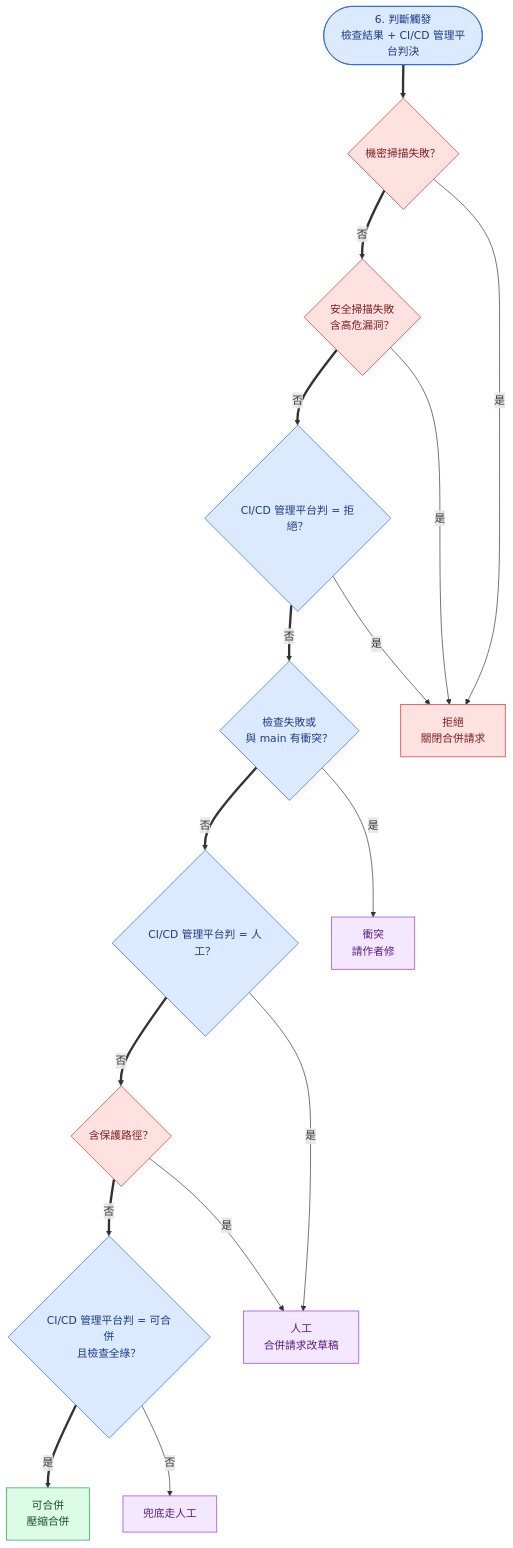
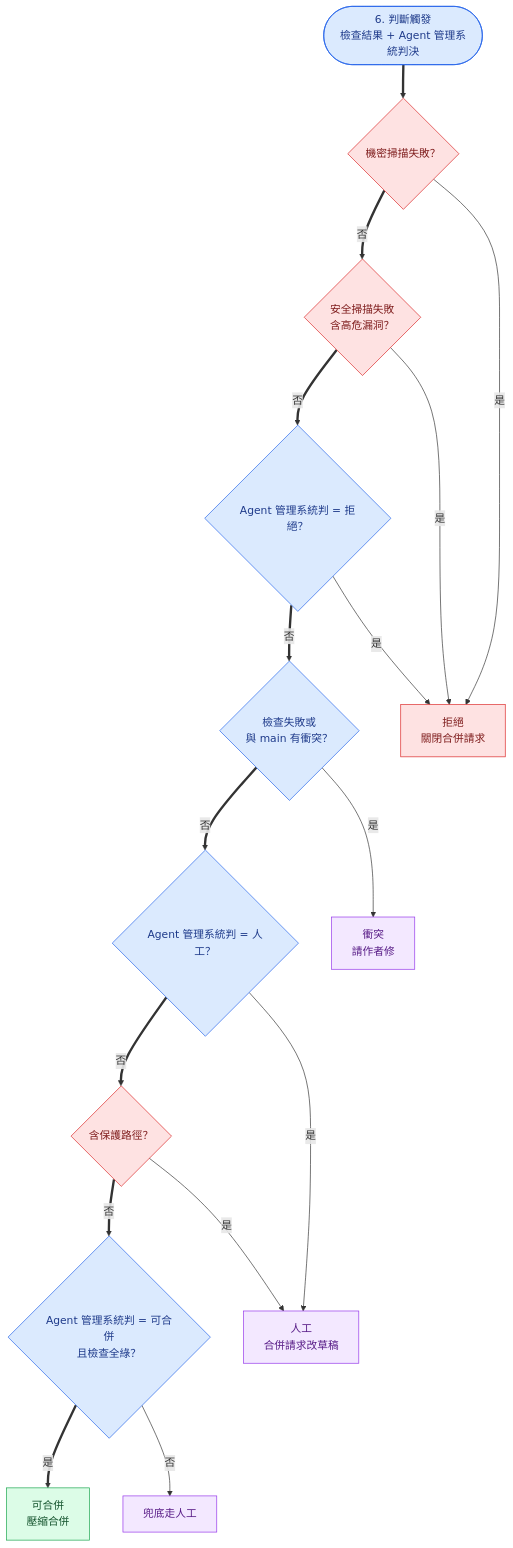
Before and after one commit to Jiaye-DF/AI-Spec: the third of 4 diagrams in Architecture/Auto-CI-CD/workflow-v1.1/workflow-v1.1.md, drawn with Mermaid. The commit also changed other lines of this file and 3 other files, not shown here.

````diff
--- a/Architecture/Auto-CI-CD/workflow-v1.1/workflow-v1.1.md
+++ b/Architecture/Auto-CI-CD/workflow-v1.1/workflow-v1.1.md
@@ -367,41 +367,41 @@
 ```mermaid
 %%{init: {'flowchart': {'htmlLabels': true, 'curve': 'basis'}} }%%
 flowchart TB
-  Start([6. 判斷觸發<br>檢查結果 + CI/CD 管理平台判決]):::it
+  Start([6. 判斷觸發<br>檢查結果 + Agent 管理系統判決]):::it
 
   Q1{機密掃描失敗？}:::critical
   Q2{安全掃描失敗<br>含高危漏洞？}:::critical
-  Q3{CI/CD 管理平台判 = 拒絕？}:::it
+  Q3{Agent 管理系統判 = 拒絕？}:::it
   Q4{檢查失敗或<br>與 main 有衝突？}:::it
-  Q5{CI/CD 管理平台判 = 人工？}:::it
+  Q5{Agent 管理系統判 = 人工？}:::it
   Q6{含保護路徑？}:::critical
-  Q7{CI/CD 管理平台判 = 可合併<br>且檢查全綠？}:::it
+  Q7{Agent 管理系統判 = 可合併<br>且檢查全綠？}:::it
 
   Reject[拒絕<br>關閉合併請求]:::critical
   Conflict[衝突<br>請作者修]:::shared
   Manual[人工<br>合併請求改草稿]:::shared
   Mergeable[可合併<br>壓縮合併]:::user
   Fallback[兜底走人工]:::shared
 
   Start ==> Q1
   Q1 ==>|否| Q2
   Q2 ==>|否| Q3
   Q3 ==>|否| Q4
   Q4 ==>|否| Q5
   Q5 ==>|否| Q6
   Q6 ==>|否| Q7
   Q7 ==>|是| Mergeable
 
   Q1 -->|是| Reject
   Q2 -->|是| Reject
   Q3 -->|是| Reject
   Q4 -->|是| Conflict
   Q5 -->|是| Manual
   Q6 -->|是| Manual
   Q7 -->|否| Fallback
 
   classDef user fill:#dcfce7,stroke:#16a34a,color:#14532d
   classDef it fill:#dbeafe,stroke:#2563eb,color:#1e3a8a
   classDef shared fill:#f3e8ff,stroke:#9333ea,color:#581c87
   classDef critical fill:#fee2e2,stroke:#dc2626,color:#7f1d1d
 ```
````
